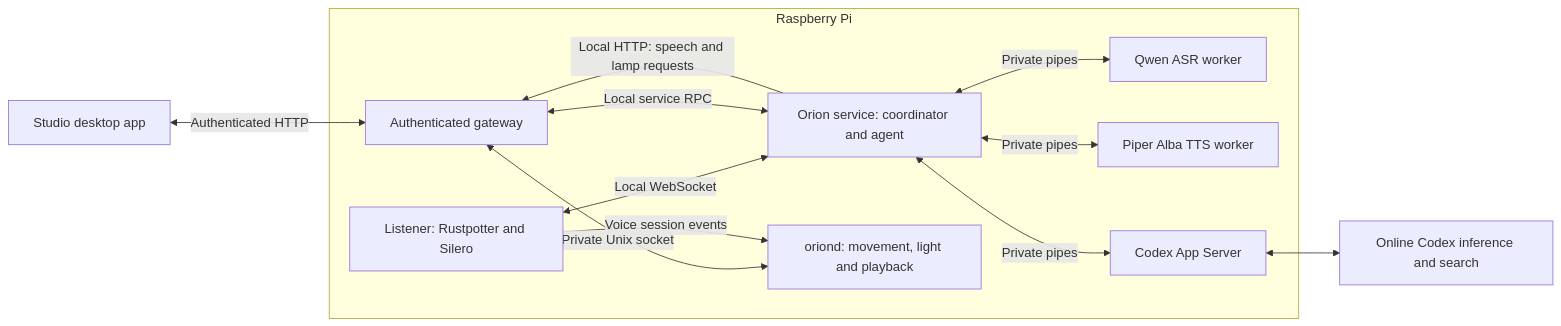
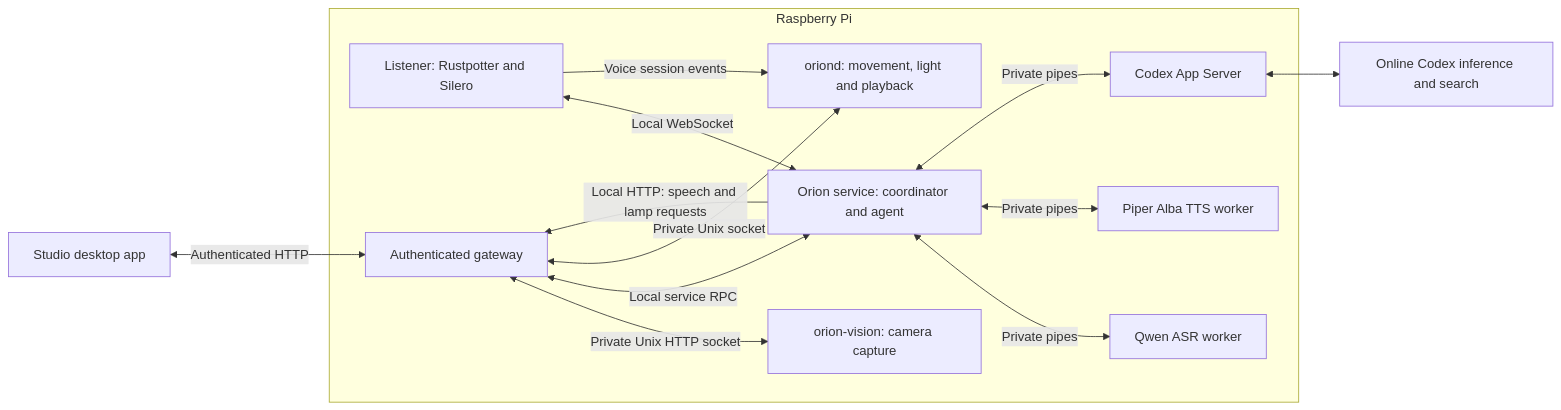
The diagram in docs/system-architecture.md (mofe64/orion), drawn with Mermaid before and after one commit. The commit also changed other lines of this file and 19 other files, not shown here.

````diff
--- a/docs/system-architecture.md
+++ b/docs/system-architecture.md
@@ -10,24 +10,26 @@
 ```mermaid
 flowchart LR
     studio[Studio desktop app]
     cloud[Online Codex inference and search]
     subgraph pi[Raspberry Pi]
         listener[Listener: Rustpotter and Silero]
         host[Orion service: coordinator and agent]
         asr[Qwen ASR worker]
         tts[Piper Alba TTS worker]
         codex[Codex App Server]
         gateway[Authenticated gateway]
         runtime[oriond: movement, light and playback]
+        vision[orion-vision: camera capture]
+        gateway <-->|Private Unix HTTP socket| vision
         listener <-->|Local WebSocket| host
         host <-->|Private pipes| asr
         host <-->|Private pipes| tts
         host <-->|Private pipes| codex
         host -->|Local HTTP: speech and lamp requests| gateway
         gateway <-->|Local service RPC| host
         gateway <-->|Private Unix socket| runtime
         listener -->|Voice session events| runtime
     end
     studio <-->|Authenticated HTTP| gateway
     codex <--> cloud
 ```
````
